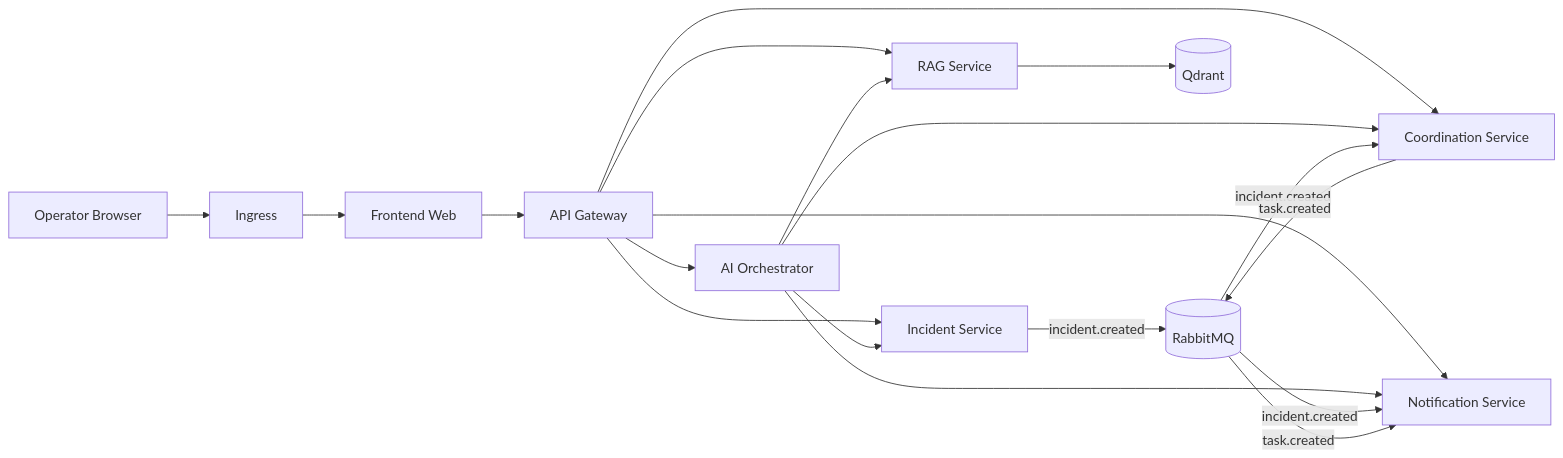
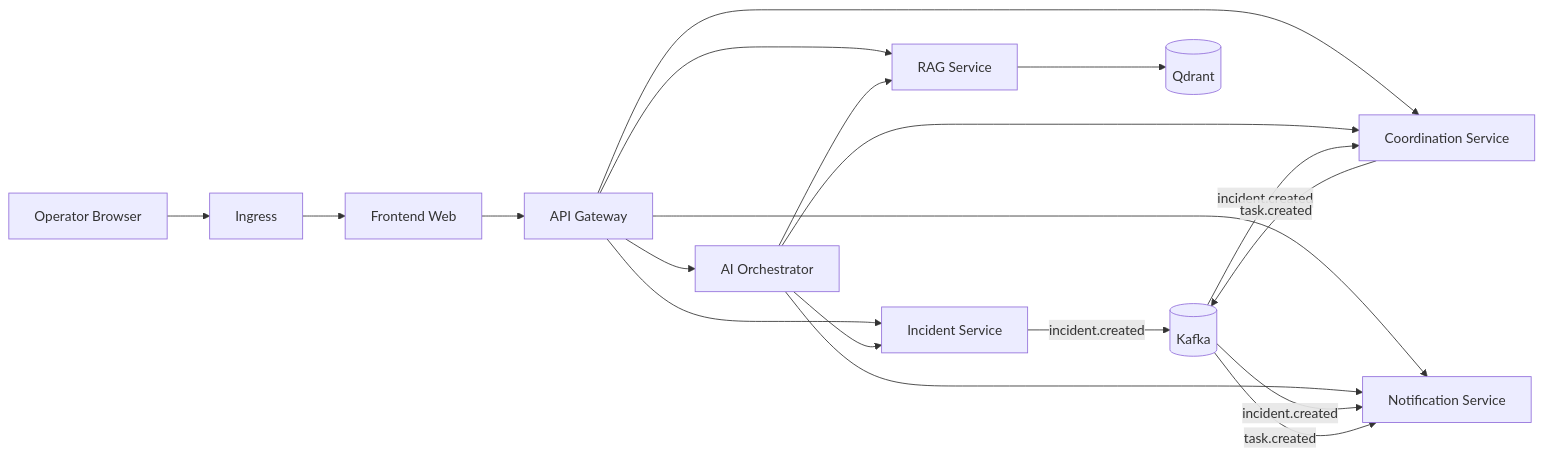
One commit to hanzala-bhutto/Disaster-Response-Command-Platform changed the first of 3 diagrams in docs/phase-6-architecture.md. Above: the diagram before and after it, drawn with Mermaid. The commit also changed other lines of this file and 33 other files, not shown here.

First line of the commit message:
Refactor messaging system from RabbitMQ to Kafka across the platform

````diff
--- a/docs/phase-6-architecture.md
+++ b/docs/phase-6-architecture.md
@@ -18,21 +18,21 @@
 ```mermaid
 flowchart LR
     U[Operator Browser] --> I[Ingress]
     I --> FE[Frontend Web]
     FE --> GW[API Gateway]
     GW --> IS[Incident Service]
     GW --> CS[Coordination Service]
     GW --> NS[Notification Service]
     GW --> RS[RAG Service]
     GW --> AO[AI Orchestrator]
     AO --> IS
     AO --> CS
     AO --> NS
     AO --> RS
-    IS -- incident.created --> MQ[(RabbitMQ)]
+    IS -- incident.created --> MQ[(Kafka)]
     MQ -- incident.created --> CS
     MQ -- incident.created --> NS
     CS -- task.created --> MQ
     MQ -- task.created --> NS
     RS --> Q[(Qdrant)]
 ```
````
